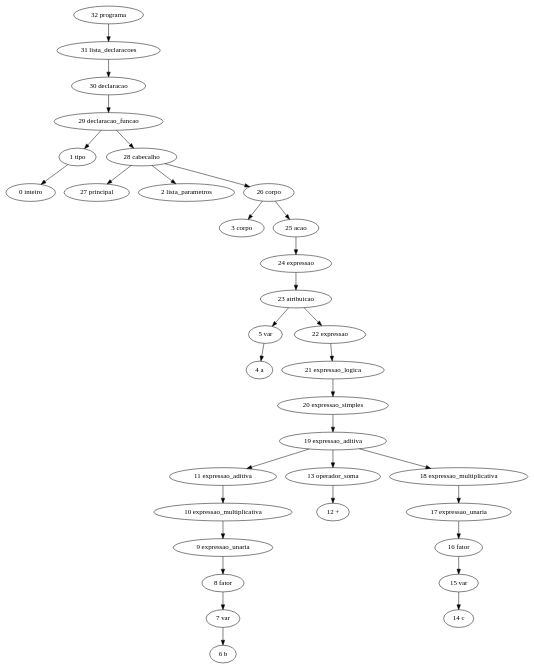
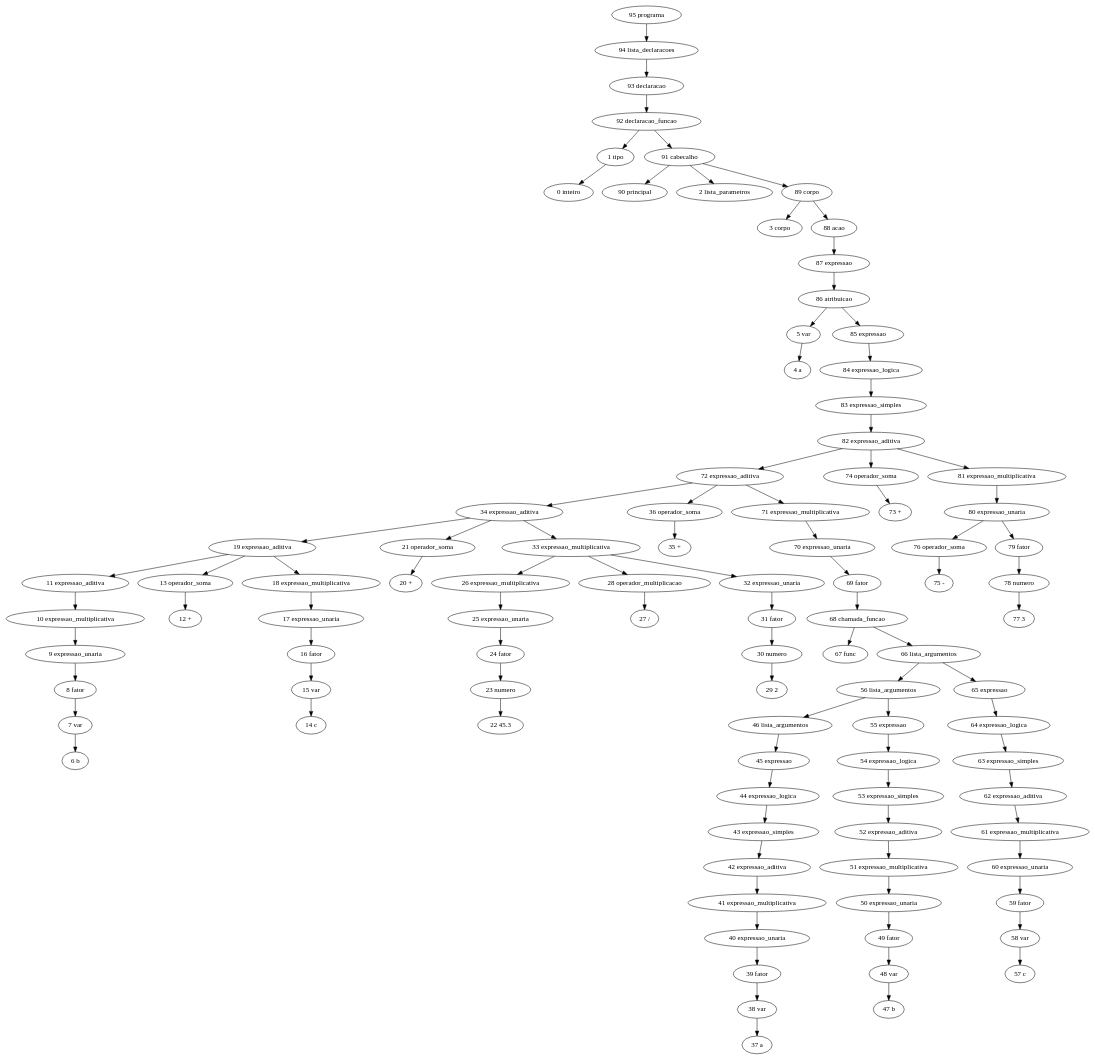
The diagram in BCC__BCC36B__P2__Jorge_1511424/implementacao/Digraph.gv (franzon/compilers), drawn with Graphviz before and after one commit. The commit also changed 5 other files, not shown here.

Commit message:
Pruning lista argumentos

```diff
--- a/BCC__BCC36B__P2__Jorge_1511424/implementacao/Digraph.gv
+++ b/BCC__BCC36B__P2__Jorge_1511424/implementacao/Digraph.gv
@@ -1,68 +1,194 @@
 // Análise sintática
 digraph {
-	"32 programa"
-	"31 lista_declaracoes"
-	"32 programa" -> "31 lista_declaracoes"
-	"30 declaracao"
-	"31 lista_declaracoes" -> "30 declaracao"
-	"29 declaracao_funcao"
-	"30 declaracao" -> "29 declaracao_funcao"
+	"95 programa"
+	"94 lista_declaracoes"
+	"95 programa" -> "94 lista_declaracoes"
+	"93 declaracao"
+	"94 lista_declaracoes" -> "93 declaracao"
+	"92 declaracao_funcao"
+	"93 declaracao" -> "92 declaracao_funcao"
 	"1 tipo"
-	"29 declaracao_funcao" -> "1 tipo"
+	"92 declaracao_funcao" -> "1 tipo"
 	"0 inteiro"
 	"1 tipo" -> "0 inteiro"
-	"28 cabecalho"
-	"29 declaracao_funcao" -> "28 cabecalho"
-	"27 principal"
-	"28 cabecalho" -> "27 principal"
+	"91 cabecalho"
+	"92 declaracao_funcao" -> "91 cabecalho"
+	"90 principal"
+	"91 cabecalho" -> "90 principal"
 	"2 lista_parametros"
-	"28 cabecalho" -> "2 lista_parametros"
-	"26 corpo"
-	"28 cabecalho" -> "26 corpo"
+	"91 cabecalho" -> "2 lista_parametros"
+	"89 corpo"
+	"91 cabecalho" -> "89 corpo"
 	"3 corpo"
-	"26 corpo" -> "3 corpo"
-	"25 acao"
-	"26 corpo" -> "25 acao"
-	"24 expressao"
-	"25 acao" -> "24 expressao"
-	"23 atribuicao"
-	"24 expressao" -> "23 atribuicao"
+	"89 corpo" -> "3 corpo"
+	"88 acao"
+	"89 corpo" -> "88 acao"
+	"87 expressao"
+	"88 acao" -> "87 expressao"
+	"86 atribuicao"
+	"87 expressao" -> "86 atribuicao"
 	"5 var"
-	"23 atribuicao" -> "5 var"
+	"86 atribuicao" -> "5 var"
 	"4 a"
 	"5 var" -> "4 a"
-	"22 expressao"
-	"23 atribuicao" -> "22 expressao"
-	"21 expressao_logica"
-	"22 expressao" -> "21 expressao_logica"
-	"20 expressao_simples"
-	"21 expressao_logica" -> "20 expressao_simples"
+	"85 expressao"
+	"86 atribuicao" -> "85 expressao"
+	"84 expressao_logica"
+	"85 expressao" -> "84 expressao_logica"
+	"83 expressao_simples"
+	"84 expressao_logica" -> "83 expressao_simples"
+	"82 expressao_aditiva"
+	"83 expressao_simples" -> "82 expressao_aditiva"
+	"72 expressao_aditiva"
+	"82 expressao_aditiva" -> "72 expressao_aditiva"
+	"34 expressao_aditiva"
+	"72 expressao_aditiva" -> "34 expressao_aditiva"
 	"19 expressao_aditiva"
-	"20 expressao_simples" -> "19 expressao_aditiva"
+	"34 expressao_aditiva" -> "19 expressao_aditiva"
 	"11 expressao_aditiva"
 	"19 expressao_aditiva" -> "11 expressao_aditiva"
 	"10 expressao_multiplicativa"
 	"11 expressao_aditiva" -> "10 expressao_multiplicativa"
 	"9 expressao_unaria"
 	"10 expressao_multiplicativa" -> "9 expressao_unaria"
 	"8 fator"
 	"9 expressao_unaria" -> "8 fator"
 	"7 var"
 	"8 fator" -> "7 var"
 	"6 b"
 	"7 var" -> "6 b"
 	"13 operador_soma"
 	"19 expressao_aditiva" -> "13 operador_soma"
 	"12 +"
 	"13 operador_soma" -> "12 +"
 	"18 expressao_multiplicativa"
 	"19 expressao_aditiva" -> "18 expressao_multiplicativa"
 	"17 expressao_unaria"
 	"18 expressao_multiplicativa" -> "17 expressao_unaria"
 	"16 fator"
 	"17 expressao_unaria" -> "16 fator"
 	"15 var"
 	"16 fator" -> "15 var"
 	"14 c"
 	"15 var" -> "14 c"
+	"21 operador_soma"
+	"34 expressao_aditiva" -> "21 operador_soma"
+	"20 +"
+	"21 operador_soma" -> "20 +"
+	"33 expressao_multiplicativa"
+	"34 expressao_aditiva" -> "33 expressao_multiplicativa"
+	"26 expressao_multiplicativa"
+	"33 expressao_multiplicativa" -> "26 expressao_multiplicativa"
+	"25 expressao_unaria"
+	"26 expressao_multiplicativa" -> "25 expressao_unaria"
+	"24 fator"
+	"25 expressao_unaria" -> "24 fator"
+	"23 numero"
+	"24 fator" -> "23 numero"
+	"22 45.3"
+	"23 numero" -> "22 45.3"
+	"28 operador_multiplicacao"
+	"33 expressao_multiplicativa" -> "28 operador_multiplicacao"
+	"27 /"
+	"28 operador_multiplicacao" -> "27 /"
+	"32 expressao_unaria"
+	"33 expressao_multiplicativa" -> "32 expressao_unaria"
+	"31 fator"
+	"32 expressao_unaria" -> "31 fator"
+	"30 numero"
+	"31 fator" -> "30 numero"
+	"29 2"
+	"30 numero" -> "29 2"
+	"36 operador_soma"
+	"72 expressao_aditiva" -> "36 operador_soma"
+	"35 +"
+	"36 operador_soma" -> "35 +"
+	"71 expressao_multiplicativa"
+	"72 expressao_aditiva" -> "71 expressao_multiplicativa"
+	"70 expressao_unaria"
+	"71 expressao_multiplicativa" -> "70 expressao_unaria"
+	"69 fator"
+	"70 expressao_unaria" -> "69 fator"
+	"68 chamada_funcao"
+	"69 fator" -> "68 chamada_funcao"
+	"67 func"
+	"68 chamada_funcao" -> "67 func"
+	"66 lista_argumentos"
+	"68 chamada_funcao" -> "66 lista_argumentos"
+	"56 lista_argumentos"
+	"66 lista_argumentos" -> "56 lista_argumentos"
+	"46 lista_argumentos"
+	"56 lista_argumentos" -> "46 lista_argumentos"
+	"45 expressao"
+	"46 lista_argumentos" -> "45 expressao"
+	"44 expressao_logica"
+	"45 expressao" -> "44 expressao_logica"
+	"43 expressao_simples"
+	"44 expressao_logica" -> "43 expressao_simples"
+	"42 expressao_aditiva"
+	"43 expressao_simples" -> "42 expressao_aditiva"
+	"41 expressao_multiplicativa"
+	"42 expressao_aditiva" -> "41 expressao_multiplicativa"
+	"40 expressao_unaria"
+	"41 expressao_multiplicativa" -> "40 expressao_unaria"
+	"39 fator"
+	"40 expressao_unaria" -> "39 fator"
+	"38 var"
+	"39 fator" -> "38 var"
+	"37 a"
+	"38 var" -> "37 a"
+	"55 expressao"
+	"56 lista_argumentos" -> "55 expressao"
+	"54 expressao_logica"
+	"55 expressao" -> "54 expressao_logica"
+	"53 expressao_simples"
+	"54 expressao_logica" -> "53 expressao_simples"
+	"52 expressao_aditiva"
+	"53 expressao_simples" -> "52 expressao_aditiva"
+	"51 expressao_multiplicativa"
+	"52 expressao_aditiva" -> "51 expressao_multiplicativa"
+	"50 expressao_unaria"
+	"51 expressao_multiplicativa" -> "50 expressao_unaria"
+	"49 fator"
+	"50 expressao_unaria" -> "49 fator"
+	"48 var"
+	"49 fator" -> "48 var"
+	"47 b"
+	"48 var" -> "47 b"
+	"65 expressao"
+	"66 lista_argumentos" -> "65 expressao"
+	"64 expressao_logica"
+	"65 expressao" -> "64 expressao_logica"
+	"63 expressao_simples"
+	"64 expressao_logica" -> "63 expressao_simples"
+	"62 expressao_aditiva"
+	"63 expressao_simples" -> "62 expressao_aditiva"
+	"61 expressao_multiplicativa"
+	"62 expressao_aditiva" -> "61 expressao_multiplicativa"
+	"60 expressao_unaria"
+	"61 expressao_multiplicativa" -> "60 expressao_unaria"
+	"59 fator"
+	"60 expressao_unaria" -> "59 fator"
+	"58 var"
+	"59 fator" -> "58 var"
+	"57 c"
+	"58 var" -> "57 c"
+	"74 operador_soma"
+	"82 expressao_aditiva" -> "74 operador_soma"
+	"73 +"
+	"74 operador_soma" -> "73 +"
+	"81 expressao_multiplicativa"
+	"82 expressao_aditiva" -> "81 expressao_multiplicativa"
+	"80 expressao_unaria"
+	"81 expressao_multiplicativa" -> "80 expressao_unaria"
+	"76 operador_soma"
+	"80 expressao_unaria" -> "76 operador_soma"
+	"75 -"
+	"76 operador_soma" -> "75 -"
+	"79 fator"
+	"80 expressao_unaria" -> "79 fator"
+	"78 numero"
+	"79 fator" -> "78 numero"
+	"77 3"
+	"78 numero" -> "77 3"
 }
```
